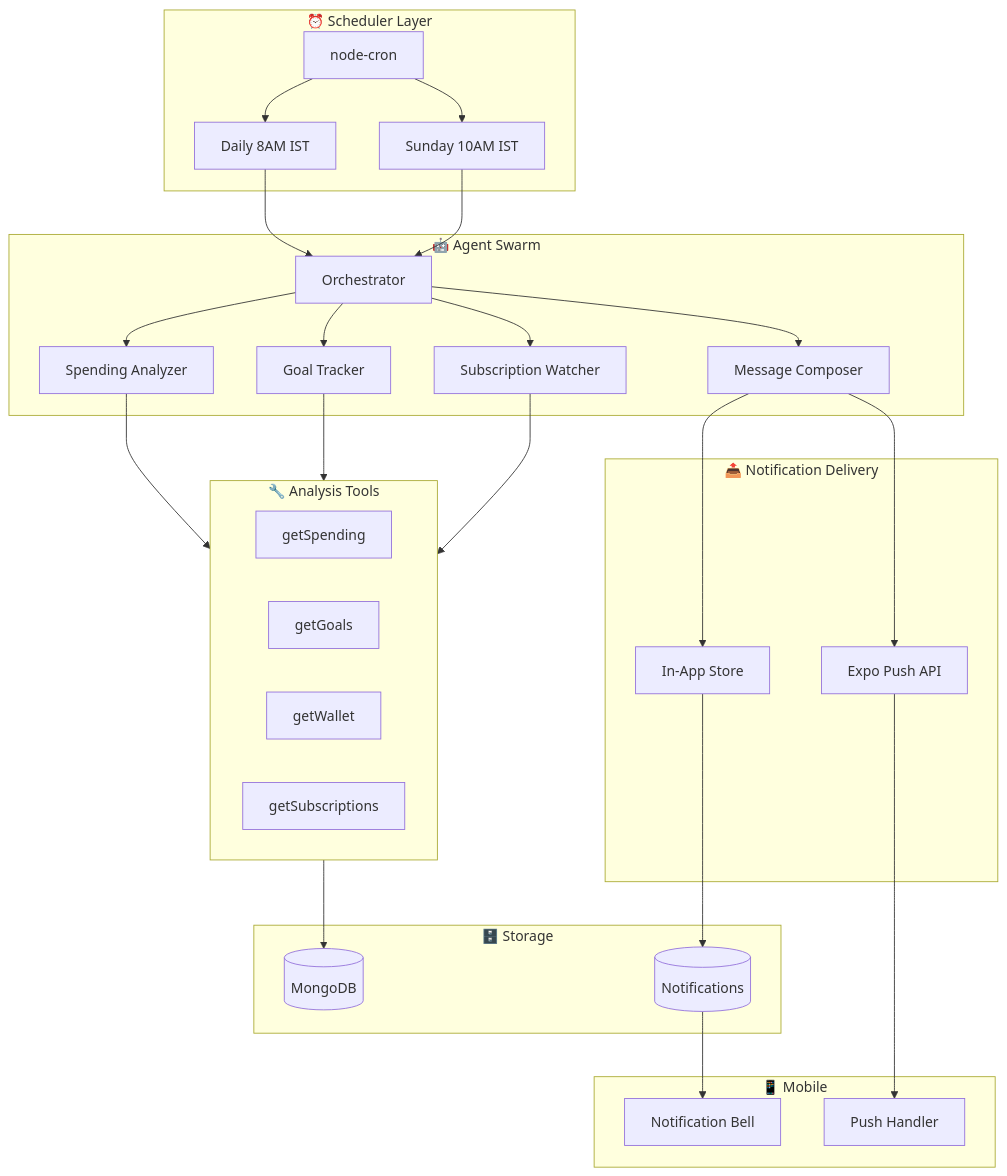
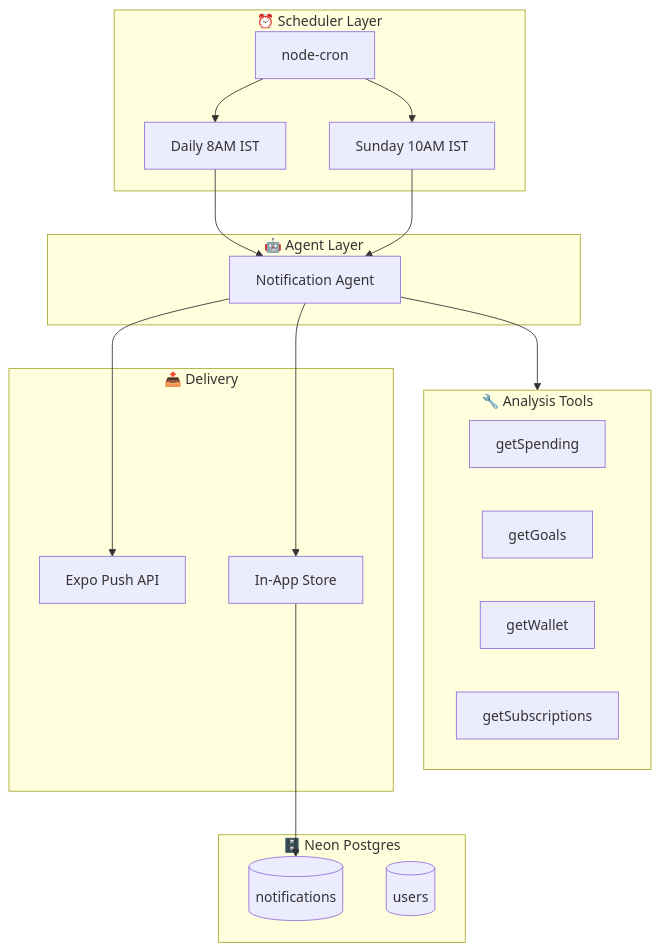
The first of 2 diagrams in detailed-docs/agents.md (cubaseuser123/PocketPal-Revamped), drawn with Mermaid before and after one commit. The commit also changed other lines of this file and 10 other files, not shown here.

Commit message:
Feat - Notification Agent Pipeline Intitiation

````diff
--- a/detailed-docs/agents.md
+++ b/detailed-docs/agents.md
@@ -10,48 +12,35 @@
 ```mermaid
 graph TB
     subgraph Scheduler["⏰ Scheduler Layer"]
         CRON["node-cron"]
         DAILY["Daily 8AM IST"]
         WEEKLY["Sunday 10AM IST"]
     end
     
-    subgraph Agents["🤖 Agent Swarm"]
-        ORCH["Orchestrator"]
-        SPEND["Spending Analyzer"]
-        GOAL["Goal Tracker"]
-        SUB["Subscription Watcher"]
-        COMP["Message Composer"]
+    subgraph Agents["🤖 Agent Layer"]
+        NOTIF["Notification Agent"]
     end
     
     subgraph Tools["🔧 Analysis Tools"]
         T1["getSpending"]
         T2["getGoals"]
         T3["getWallet"]
         T4["getSubscriptions"]
     end
     
-    subgraph Delivery["📤 Notification Delivery"]
+    subgraph Delivery["📤 Delivery"]
         PUSH["Expo Push API"]
         INAPP["In-App Store"]
     end
     
-    subgraph Storage["🗄️ Storage"]
-        MONGO[(MongoDB)]
-        NOTIF[(Notifications)]
-    end
-    
-    subgraph Mobile["📱 Mobile"]
-        BELL["Notification Bell"]
-        HANDLER["Push Handler"]
+    subgraph Storage["🗄️ Neon Postgres"]
+        NOTIF_TBL[(notifications)]
+        USERS[(users)]
     end
     
     CRON --> DAILY & WEEKLY
-    DAILY & WEEKLY --> ORCH
-    ORCH --> SPEND & GOAL & SUB
-    SPEND & GOAL & SUB --> Tools
-    Tools --> MONGO
-    ORCH --> COMP
-    COMP --> PUSH & INAPP
-    PUSH --> HANDLER
-    INAPP --> NOTIF --> BELL
+    DAILY & WEEKLY --> NOTIF
+    NOTIF --> Tools
+    NOTIF --> PUSH & INAPP
+    INAPP --> NOTIF_TBL
 ```
````
